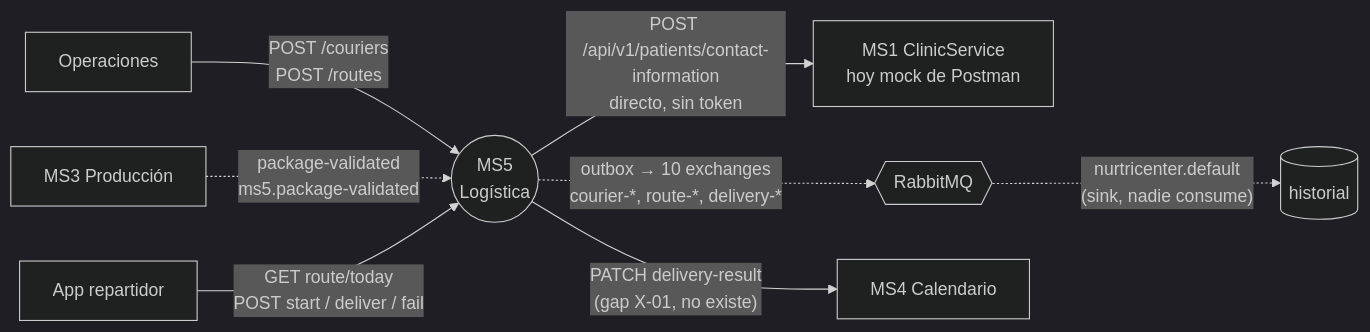
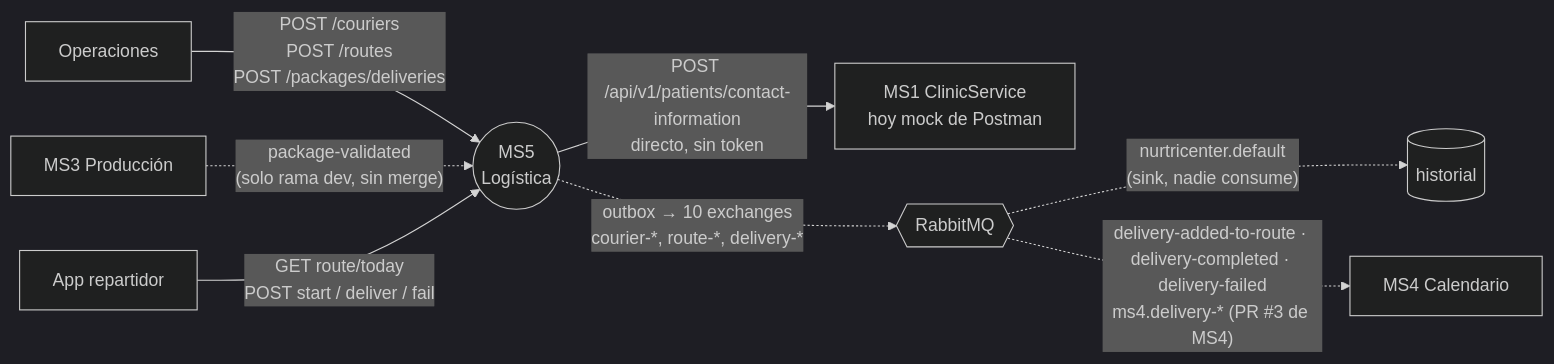
The diagram in services/ms5-logistics/README.md (Nur-tricenter/knowledge), drawn with Mermaid (dark theme) before and after one commit. The commit also changed other lines of this file and 7 other files, not shown here.

````diff
--- a/services/ms5-logistics/README.md
+++ b/services/ms5-logistics/README.md
@@ -36,10 +36,10 @@
 ```mermaid
 flowchart LR
-  OPS[Operaciones] -- "POST /couriers<br/>POST /routes" --> MS5((MS5<br/>Logística))
-  MS3[MS3 Producción] -. "package-validated<br/>ms5.package-validated" .-> MS5
+  OPS[Operaciones] -- "POST /couriers<br/>POST /routes<br/>POST /packages/deliveries" --> MS5((MS5<br/>Logística))
+  MS3[MS3 Producción] -. "package-validated<br/>(solo rama dev, sin merge)" .-> MS5
   FE[App repartidor] -- "GET route/today<br/>POST start / deliver / fail" --> MS5
   MS5 -- "POST /api/v1/patients/contact-information<br/>directo, sin token" --> CS[MS1 ClinicService<br/>hoy mock de Postman]
   MS5 -. "outbox → 10 exchanges<br/>courier-*, route-*, delivery-*" .-> MQ{{RabbitMQ}}
   MQ -. "nurtricenter.default<br/>(sink, nadie consume)" .-> SINK[(historial)]
-  MS5 -- "PATCH delivery-result<br/>(gap X-01, no existe)" --> MS4[MS4 Calendario]
+  MQ -. "delivery-added-to-route · delivery-completed · delivery-failed<br/>ms4.delivery-* (PR #3 de MS4)" .-> MS4[MS4 Calendario]
 ```
````
